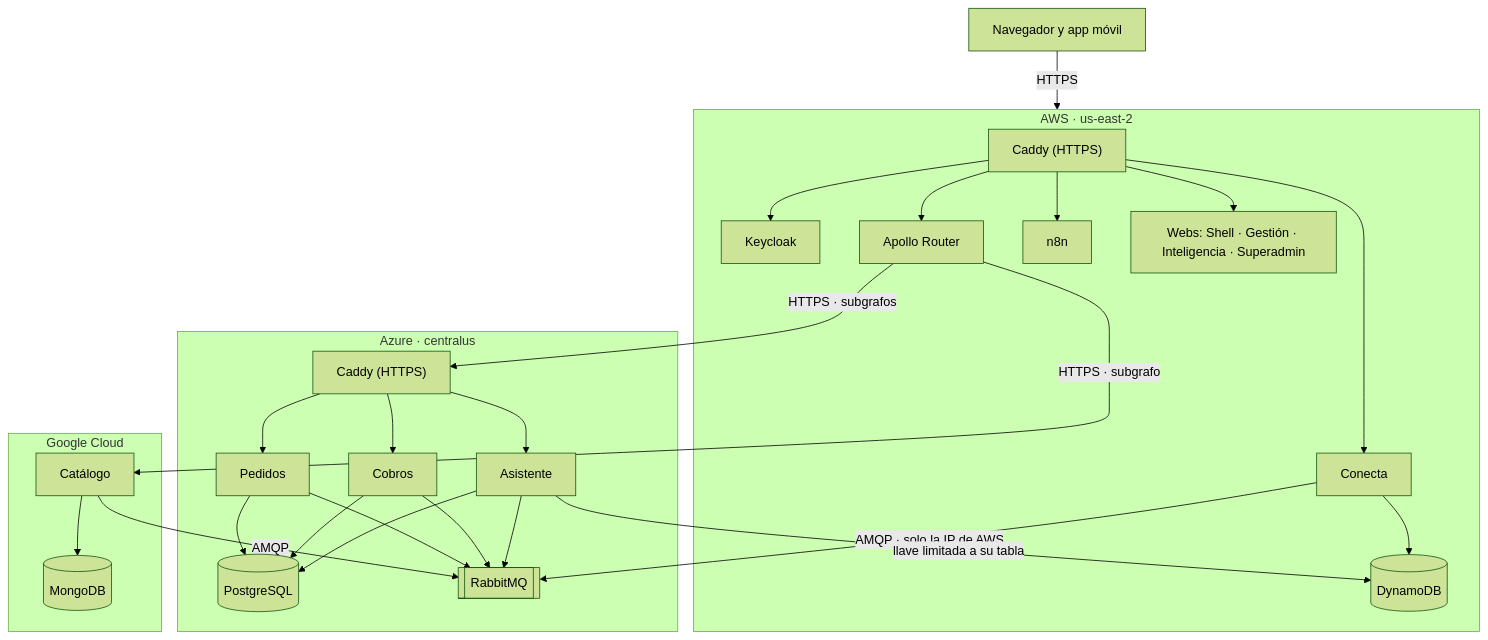
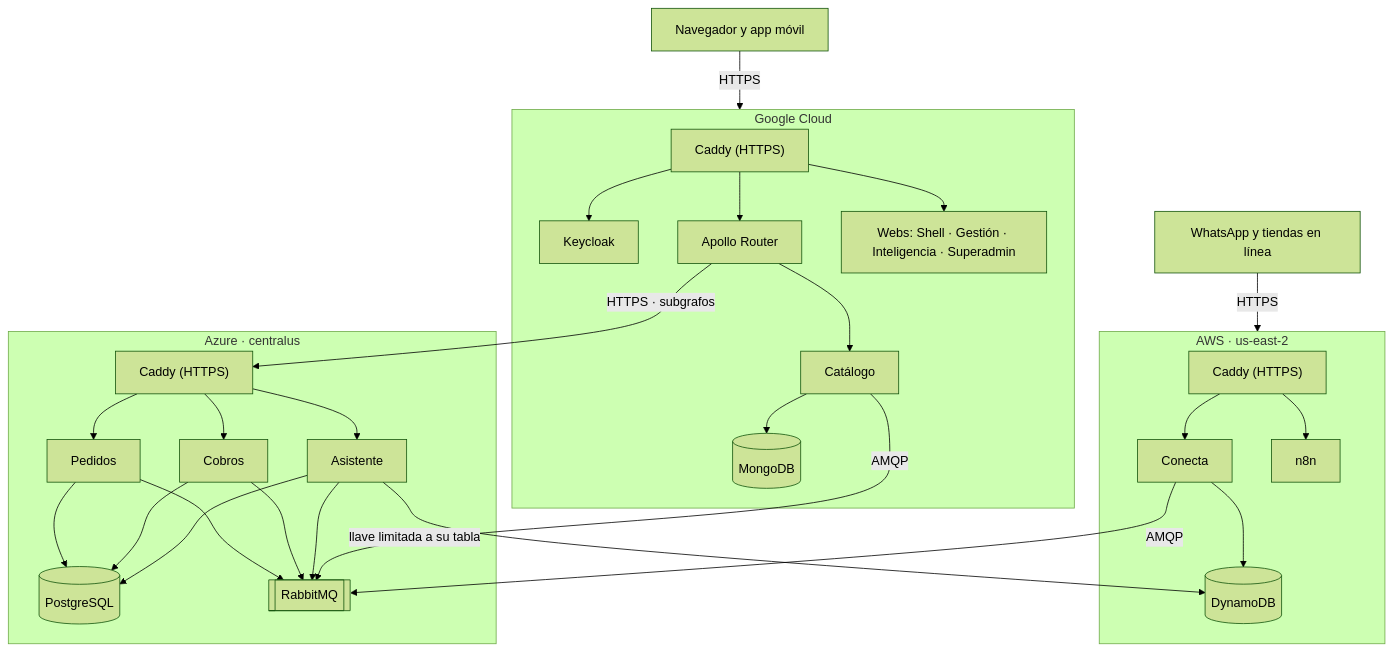
One commit to AndyQdev/abasto changed the second of 2 diagrams in docs/documento-del-proyecto.md. Above: the diagram before and after it, drawn with Mermaid (forest theme). The commit also changed other lines of this file and 1 other file, not shown here.

Commit message:
docs: reparto final de nubes (Google como puerta de entrada) en el documento y en despliegue

````diff
--- a/docs/documento-del-proyecto.md
+++ b/docs/documento-del-proyecto.md
@@ -850,27 +853,28 @@
 ```mermaid
 flowchart TB
-  U["Navegador y app móvil"] -->|HTTPS| AWS
+  U["Navegador y app móvil"] -->|HTTPS| GC
+  EX["WhatsApp y tiendas en línea"] -->|HTTPS| AWS
+  subgraph GC["Google Cloud"]
+    CG["Caddy (HTTPS)"] --> KC["Keycloak"]
+    CG --> RT["Apollo Router"]
+    CG --> WB["Webs: Shell · Gestión · Inteligencia · Superadmin"]
+    CT["Catálogo"] --> MG[("MongoDB")]
+    RT --> CT
+  end
   subgraph AWS["AWS · us-east-2"]
-    CA["Caddy (HTTPS)"] --> KC["Keycloak"]
-    CA --> RT["Apollo Router"]
-    CA --> CO["Conecta"]
+    CA["Caddy (HTTPS)"] --> CO["Conecta"]
     CA --> N8["n8n"]
-    CA --> WB["Webs: Shell · Gestión · Inteligencia · Superadmin"]
     CO --> DY[("DynamoDB")]
   end
   subgraph AZ["Azure · centralus"]
     CZ["Caddy (HTTPS)"] --> PE["Pedidos"]
     CZ --> CB["Cobros"]
     CZ --> AS["Asistente"]
     PE & CB & AS --> PG[("PostgreSQL")]
     PE & CB & AS --> MQ[["RabbitMQ"]]
   end
-  subgraph GC["Google Cloud"]
-    CT["Catálogo"] --> MG[("MongoDB")]
-  end
   RT -->|"HTTPS · subgrafos"| CZ
-  RT -->|"HTTPS · subgrafo"| CT
-  CO -->|"AMQP · solo la IP de AWS"| MQ
+  CO -->|"AMQP"| MQ
   CT -->|AMQP| MQ
   AS -->|"llave limitada a su tabla"| DY
 ```
````
